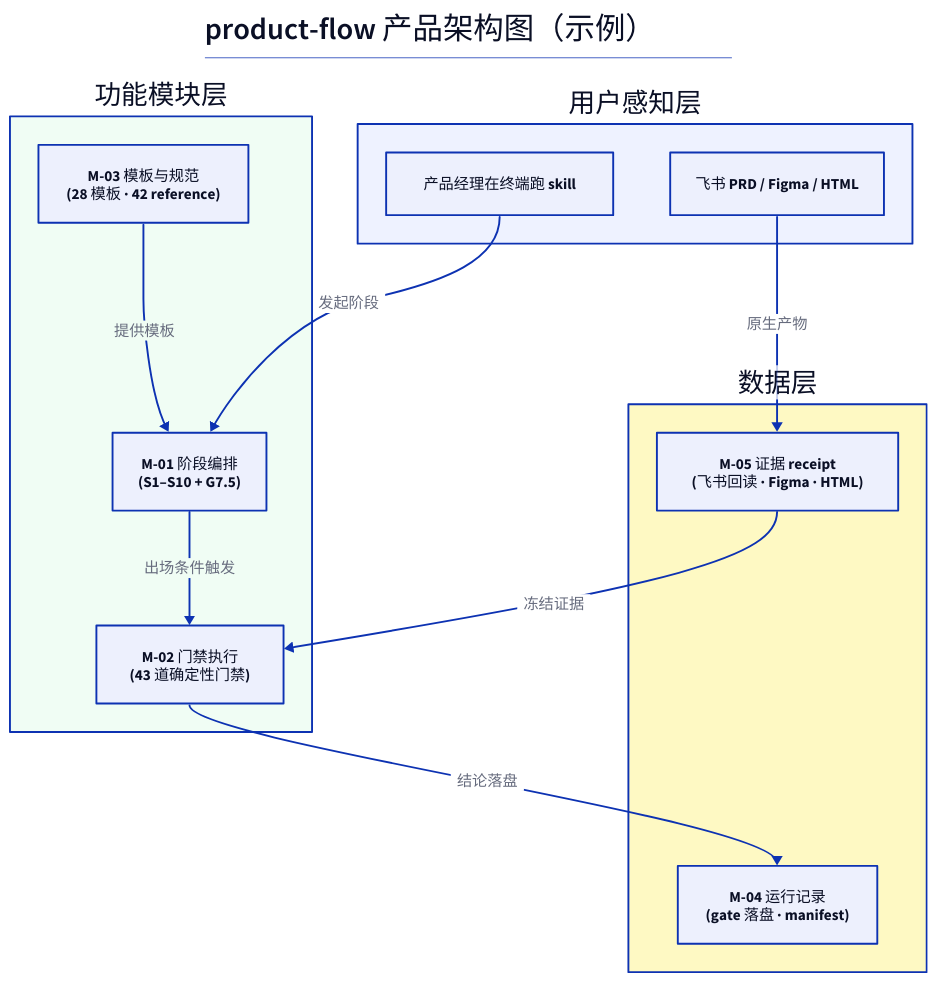
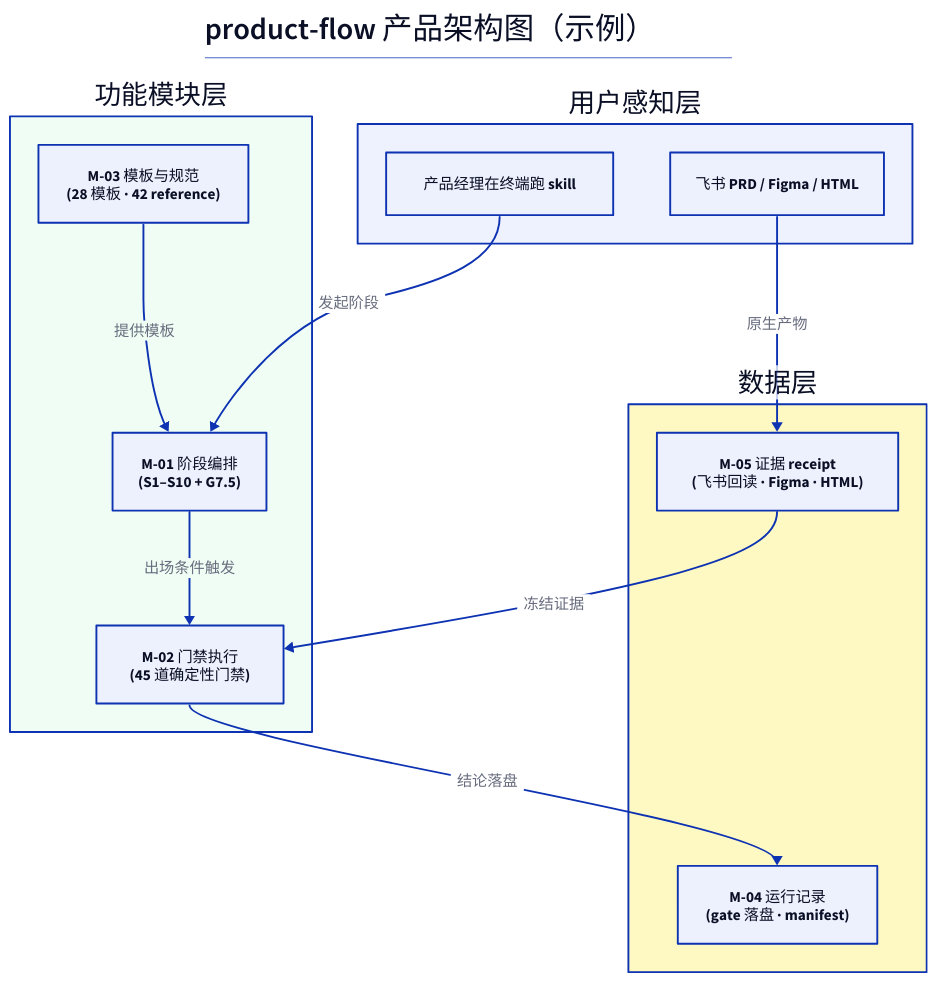
Before and after one commit to songyang753-cloud/sybuilder: the diagram in skills/product-flow/templates/diagrams/product-architecture.example.d2, drawn with D2. The commit also changed 171 other files, not shown here.

```diff
--- a/skills/product-flow/templates/diagrams/product-architecture.example.d2
+++ b/skills/product-flow/templates/diagrams/product-architecture.example.d2
@@ -1,24 +1,24 @@
 title: |md # product-flow 产品架构图（示例） | {near: top-center}
 
 用户感知层: {
   style.fill: "#EEF2FF"
   CLI: "产品经理在终端跑 skill"
   DOC: "飞书 PRD / Figma / HTML"
 }
 功能模块层: {
   style.fill: "#F0FDF4"
   M-01: "M-01 阶段编排\n(S1–S10 + G7.5)"
-  M-02: "M-02 门禁执行\n(43 道确定性门禁)"
+  M-02: "M-02 门禁执行\n(45 道确定性门禁)"
   M-03: "M-03 模板与规范\n(28 模板 · 42 reference)"
 }
 数据层: {
   style.fill: "#FEF9C3"
   M-04: "M-04 运行记录\n(gate 落盘 · manifest)"
   M-05: "M-05 证据 receipt\n(飞书回读 · Figma · HTML)"
 }
 用户感知层.CLI -> 功能模块层.M-01: 发起阶段
 功能模块层.M-01 -> 功能模块层.M-02: 出场条件触发
 功能模块层.M-02 -> 数据层.M-04: 结论落盘
 功能模块层.M-03 -> 功能模块层.M-01: 提供模板
 数据层.M-05 -> 功能模块层.M-02: 冻结证据
 用户感知层.DOC -> 数据层.M-05: 原生产物
```
